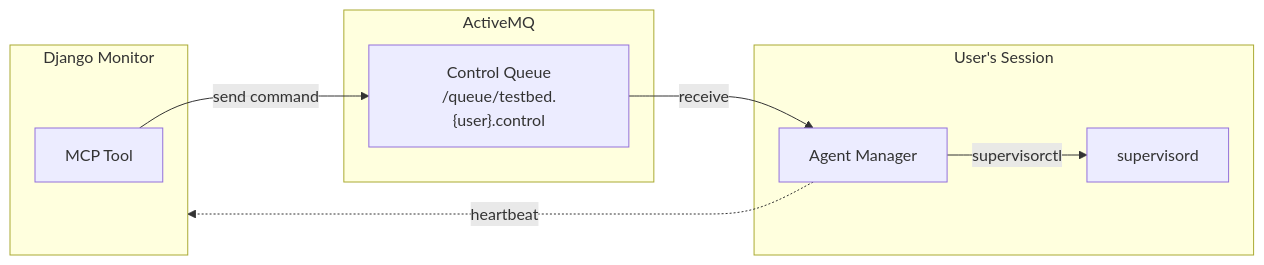
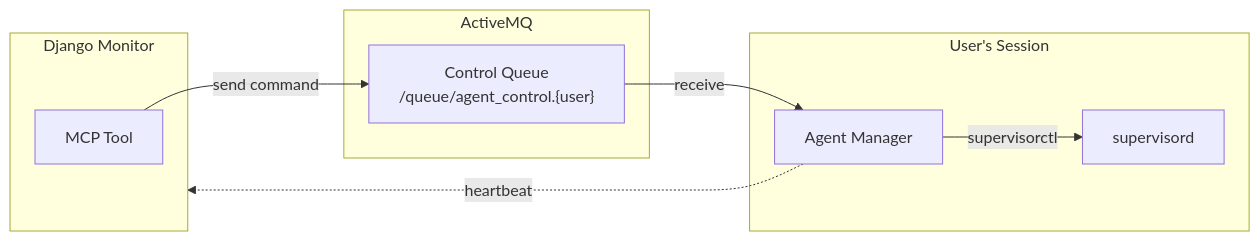
Before and after one commit to BNLNPPS/swf-testbed: the second of 4 diagrams in docs/agent-management.md, drawn with Mermaid. The commit also changed other lines of this file and 1 other file, not shown here.

First line of the commit message:
Agent manager reconnects until listening; heartbeat reports the broker

````diff
--- a/docs/agent-management.md
+++ b/docs/agent-management.md
@@ -84,20 +87,20 @@
 ```mermaid
 flowchart LR
     subgraph Django["Django Monitor"]
         MCP["MCP Tool"]
     end
 
     subgraph AMQ["ActiveMQ"]
-        CQ["Control Queue<br/>/queue/testbed.{user}.control"]
+        CQ["Control Queue<br/>/queue/agent_control.{user}"]
     end
 
     subgraph Local["User's Session"]
         AM["Agent Manager"]
         SUPV["supervisord"]
     end
 
     MCP -->|"send command"| CQ
     CQ -->|"receive"| AM
     AM -->|"supervisorctl"| SUPV
     AM -.->|"heartbeat"| Django
 ```
````
